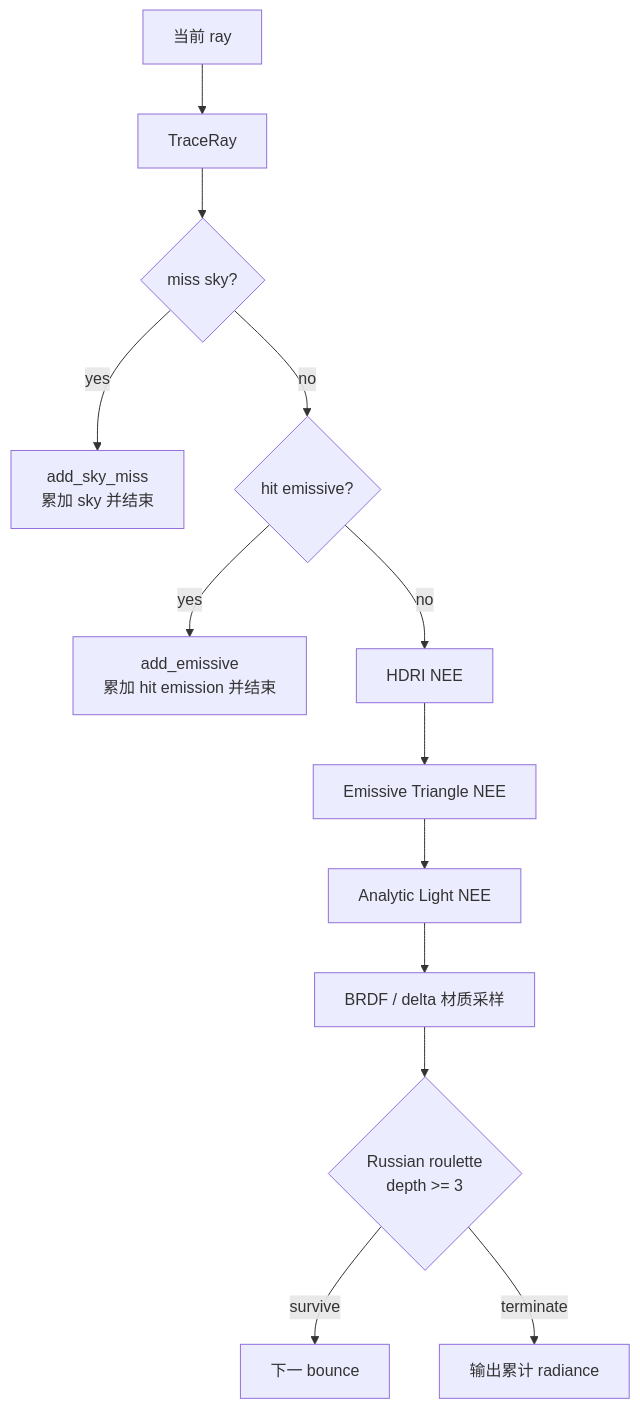
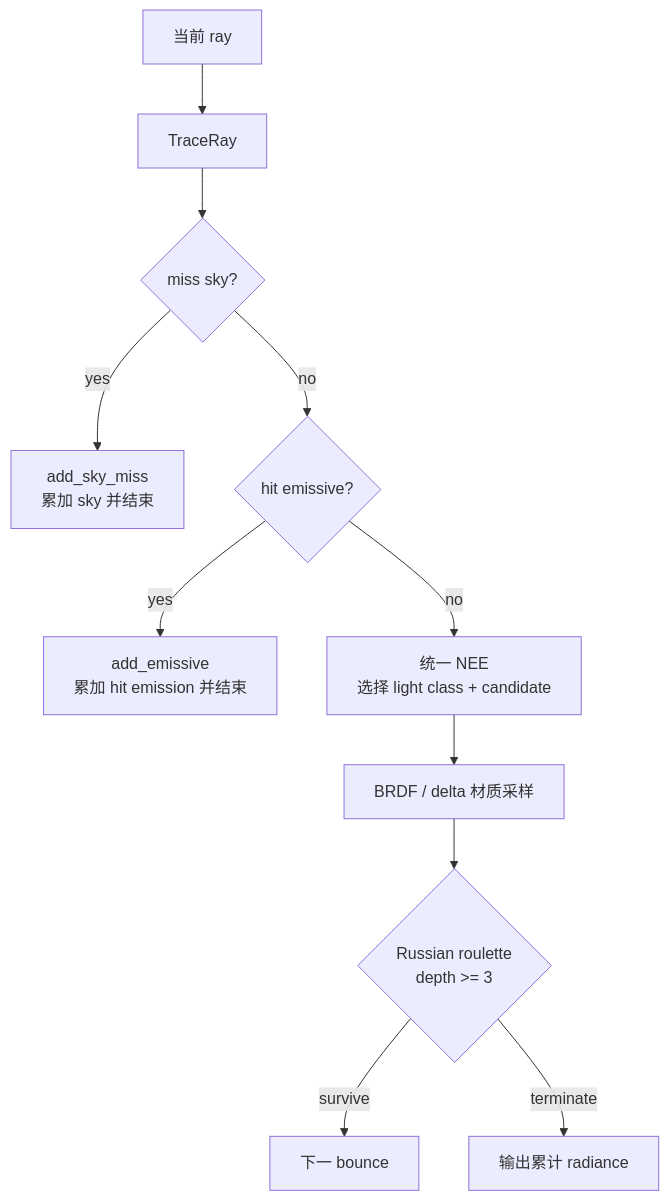
One commit to acccoco/TruvisRenderer changed the diagram in docs/summaries/realtime-rt-raytracing-flow.md. Above: the diagram before and after it, drawn with Mermaid. The commit also changed other lines of this file and 9 other files, not shown here.

Commit message:
[update] 统一 realtime RT Light Candidate System 与 NEE PDF 契约

````diff
--- a/docs/summaries/realtime-rt-raytracing-flow.md
+++ b/docs/summaries/realtime-rt-raytracing-flow.md
@@ -54,15 +53,13 @@
 ```mermaid
 flowchart TD
     Ray["当前 ray"] --> Trace["TraceRay"]
     Trace --> Miss{"miss sky?"}
     Miss -- yes --> Sky["add_sky_miss<br/>累加 sky 并结束"]
     Miss -- no --> Emissive{"hit emissive?"}
     Emissive -- yes --> HitLight["add_emissive<br/>累加 hit emission 并结束"]
-    Emissive -- no --> HdriNee["HDRI NEE"]
-    HdriNee --> EmissiveNee["Emissive Triangle NEE"]
-    EmissiveNee --> AnalyticNee["Analytic Light NEE"]
-    AnalyticNee --> Brdf["BRDF / delta 材质采样"]
+    Emissive -- no --> UnifiedNee["统一 NEE<br/>选择 light class + candidate"]
+    UnifiedNee --> Brdf["BRDF / delta 材质采样"]
     Brdf --> RR{"Russian roulette<br/>depth >= 3"}
     RR -- survive --> Next["下一 bounce"]
     RR -- terminate --> Output["输出累计 radiance"]
 ```
````
